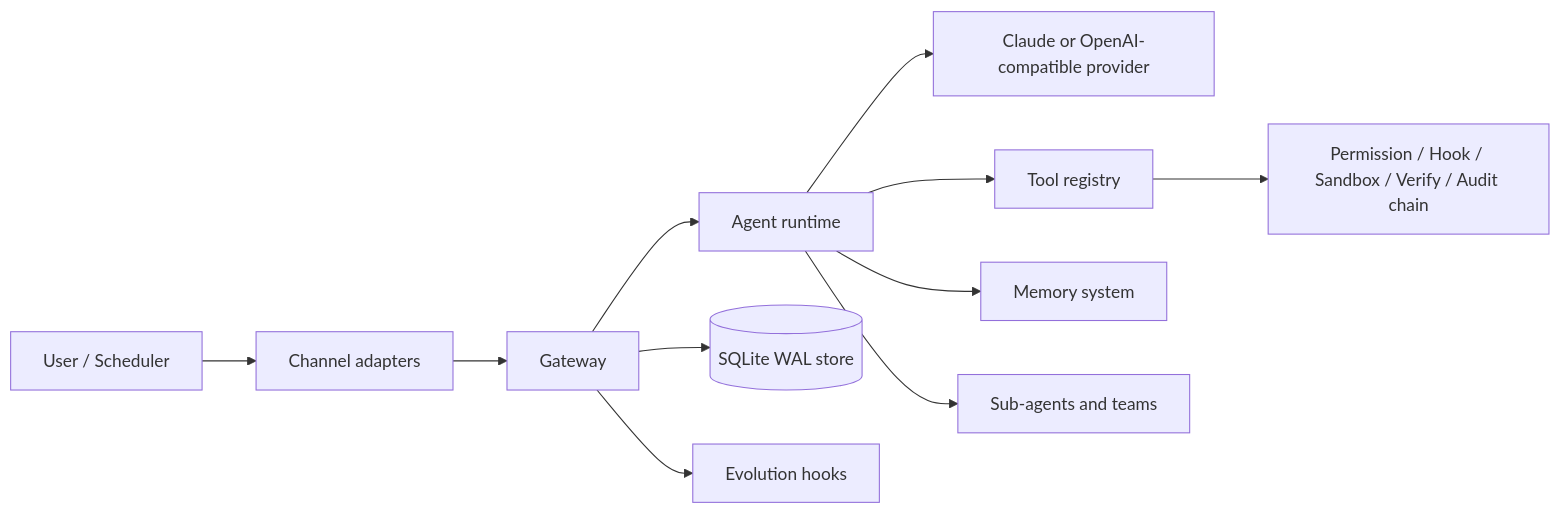
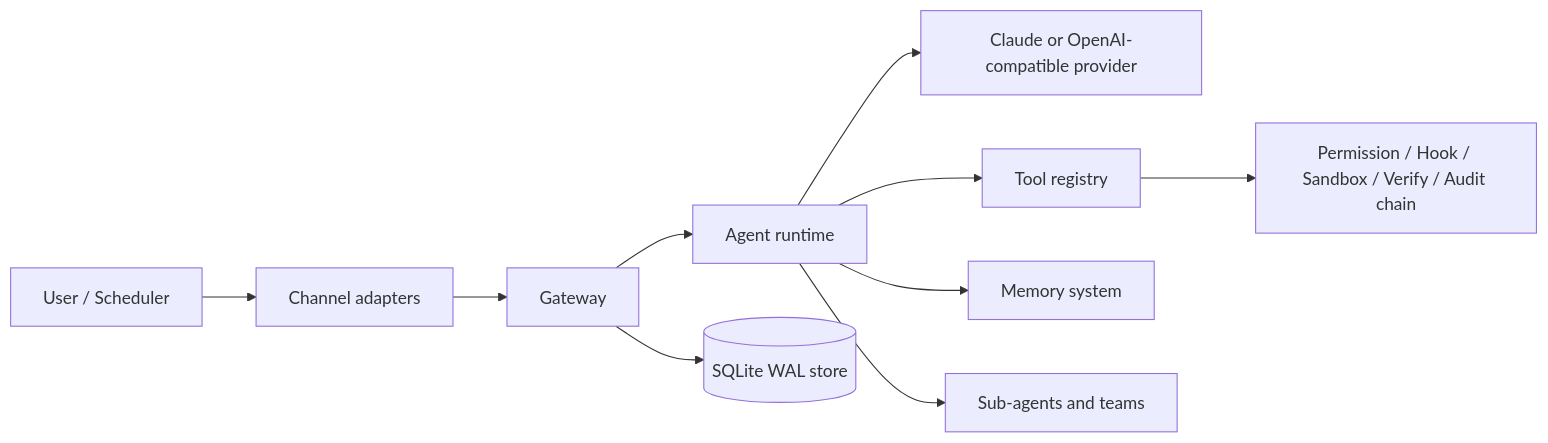
One commit to Forest-Isle/daimon changed the diagram in README.md. Above: the diagram before and after it, drawn with Mermaid. The commit also changed other lines of this file and 102 other files, not shown here.

````diff
--- a/README.md
+++ b/README.md
@@ -22,13 +21,12 @@
 ```mermaid
 flowchart LR
     User[User / Scheduler] --> Channel[Channel adapters]
     Channel --> Gateway[Gateway]
     Gateway --> Agent[Agent runtime]
     Agent --> Provider[Claude or OpenAI-compatible provider]
     Agent --> Tools[Tool registry]
     Agent --> Memory[Memory system]
     Agent --> Agents[Sub-agents and teams]
     Tools --> Sandbox[Permission / Hook / Sandbox / Verify / Audit chain]
     Gateway --> Store[(SQLite WAL store)]
-    Gateway --> Eval[Evolution hooks]
 ```
````
